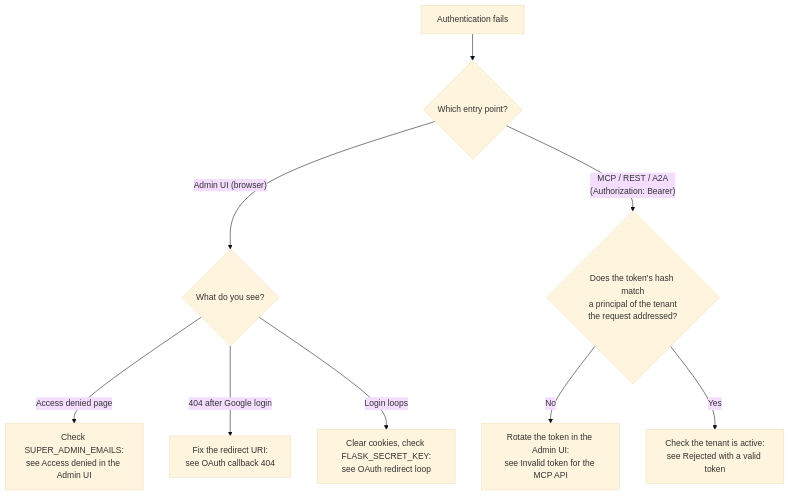
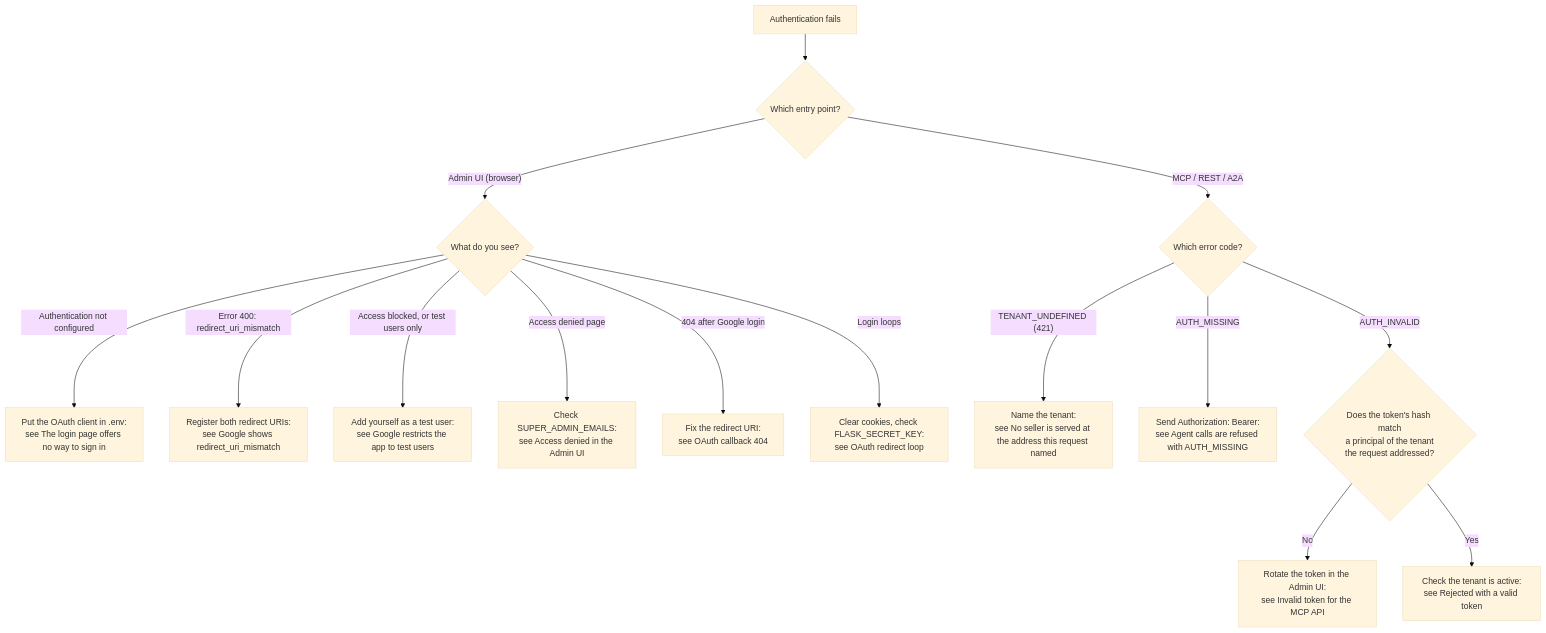
One commit to prebid/salesagent changed the second of 3 diagrams in docs/development/troubleshooting.md. Above: the diagram before and after it, drawn with Mermaid (base theme). The commit also changed other lines of this file and 3 other files, not shown here.

First line of the commit message:
docs(quickstart): one home for sign-in facts, wait for healthy, runnable agent call

````diff
--- a/docs/development/troubleshooting.md
+++ b/docs/development/troubleshooting.md
@@ -270,11 +293,17 @@
 ```mermaid
 flowchart TD
     Fail["Authentication fails"] --> Which{"Which entry point?"}
     Which -->|"Admin UI (browser)"| UI{"What do you see?"}
+    UI -->|"Authentication not configured"| NoClient["Put the OAuth client in .env:\nsee The login page offers no way to sign in"]
+    UI -->|"Error 400: redirect_uri_mismatch"| Mismatch["Register both redirect URIs:\nsee Google shows redirect_uri_mismatch"]
+    UI -->|"Access blocked, or test users only"| TestUsers["Add yourself as a test user:\nsee Google restricts the app to test users"]
     UI -->|"Access denied page"| Denied["Check SUPER_ADMIN_EMAILS:\nsee Access denied in the Admin UI"]
     UI -->|"404 after Google login"| CB["Fix the redirect URI:\nsee OAuth callback 404"]
     UI -->|"Login loops"| Loop["Clear cookies, check FLASK_SECRET_KEY:\nsee OAuth redirect loop"]
-    Which -->|"MCP / REST / A2A\n(Authorization: Bearer)"| MCP{"Does the token's hash match\na principal of the tenant\nthe request addressed?"}
+    Which -->|"MCP / REST / A2A"| Code{"Which error code?"}
+    Code -->|"TENANT_UNDEFINED (421)"| NoSeller["Name the tenant:\nsee No seller is served at the address this request named"]
+    Code -->|"AUTH_MISSING"| Missing["Send Authorization: Bearer:\nsee Agent calls are refused with AUTH_MISSING"]
+    Code -->|"AUTH_INVALID"| MCP{"Does the token's hash match\na principal of the tenant\nthe request addressed?"}
     MCP -->|No| Token["Rotate the token in the Admin UI:\nsee Invalid token for the MCP API"]
     MCP -->|Yes| Active["Check the tenant is active:\nsee Rejected with a valid token"]
 ```
````
